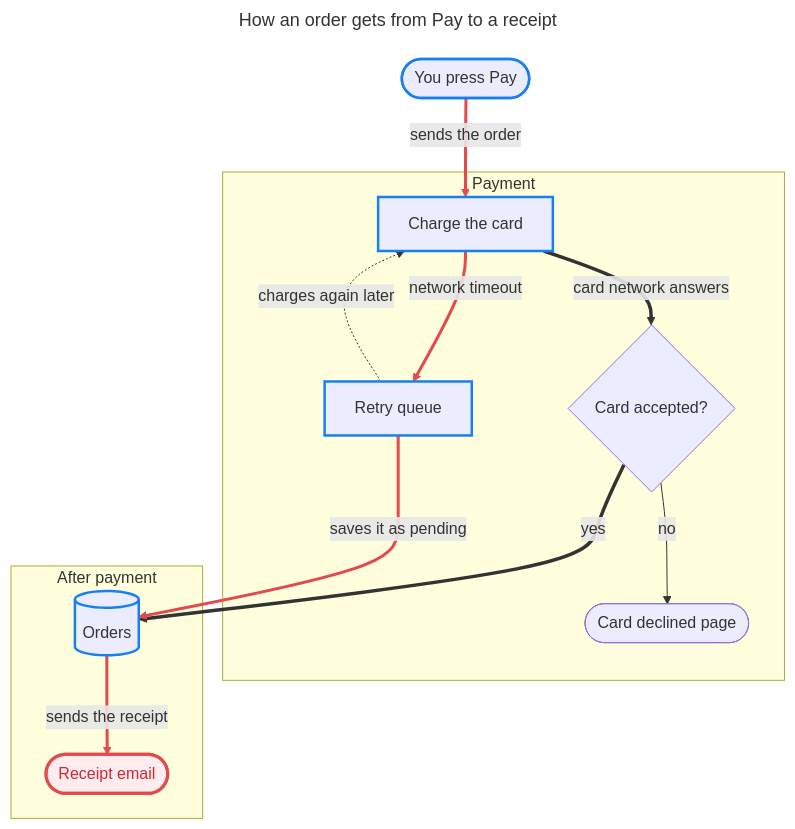
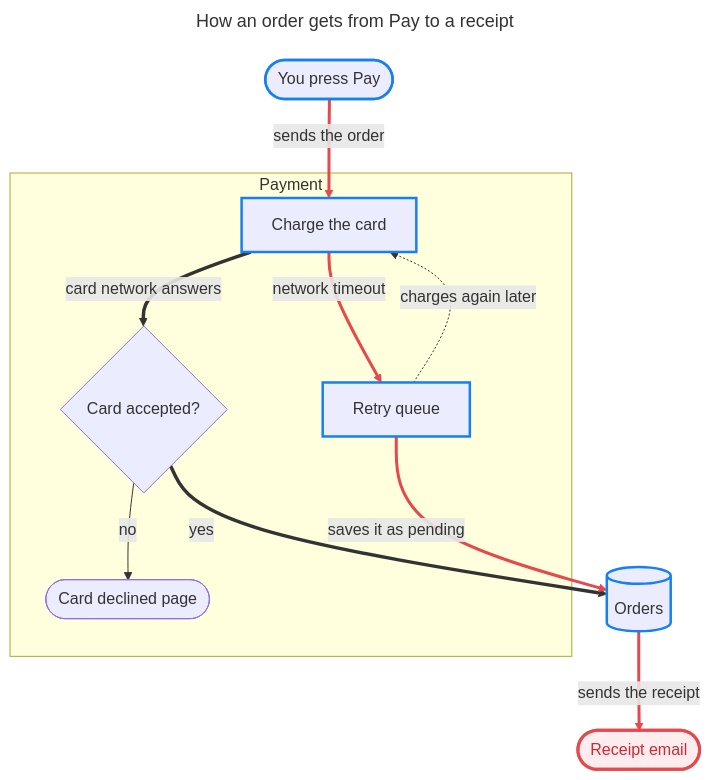
One commit to YLynnLee/lynn-skills changed the diagram in skills/design/flowmap/examples/checkout/checkout.mmd. Above: the diagram before and after it, drawn with Mermaid. The commit also changed 27 other files, not shown here.

First line of the commit message:
flowmap: bundle Pele, split the viewer, support Node 20+ and Windows

```diff
--- a/skills/design/flowmap/examples/checkout/checkout.mmd
+++ b/skills/design/flowmap/examples/checkout/checkout.mmd
@@ -1,28 +1,26 @@
 ---
 title: "How an order gets from Pay to a receipt"
 ---
 flowchart TD
   n_cart(["You press Pay"])
   subgraph g_pay["Payment"]
     n_pay["Charge the card"]
     n_retry["Retry queue"]
     n_check{"Card accepted?"}
     n_declined(["Card declined page"])
   end
-  subgraph g_after["After payment"]
-    n_orders[("Orders")]
-    n_receipt(["Receipt email"])
-  end
+  n_orders[("Orders")]
+  n_receipt(["Receipt email"])
   n_cart ==>|"sends the order"| n_pay
   n_pay ==>|"card network answers"| n_check
   n_pay -->|"network timeout"| n_retry
   n_check ==>|"yes"| n_orders
   n_check -->|"no"| n_declined
   n_retry -->|"saves it as pending"| n_orders
   n_retry -.->|"charges again later"| n_pay
   n_orders ==>|"sends the receipt"| n_receipt
   classDef bugPath stroke:#1680f3,stroke-width:2.5px
   classDef breaks fill:#ffecee,stroke:#e5484d,stroke-width:3px,color:#cd2834
   class n_cart,n_pay,n_retry,n_orders bugPath
   class n_receipt breaks
   linkStyle 0,2,5,7 stroke:#e5484d,stroke-width:3px
```
